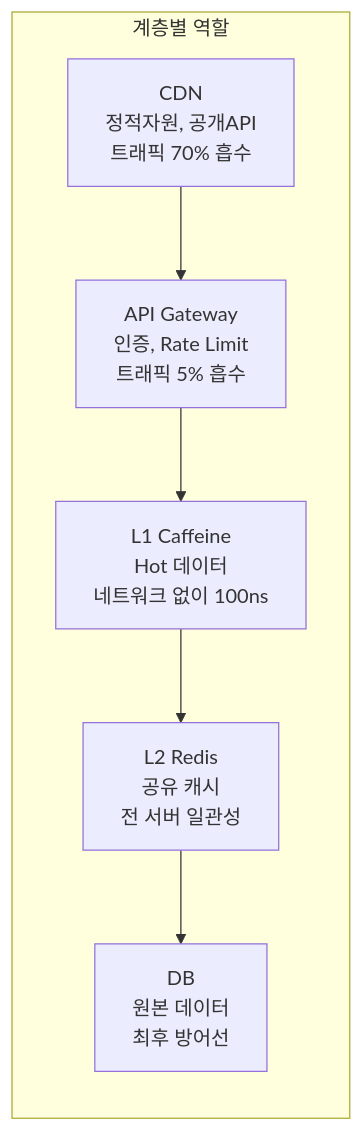
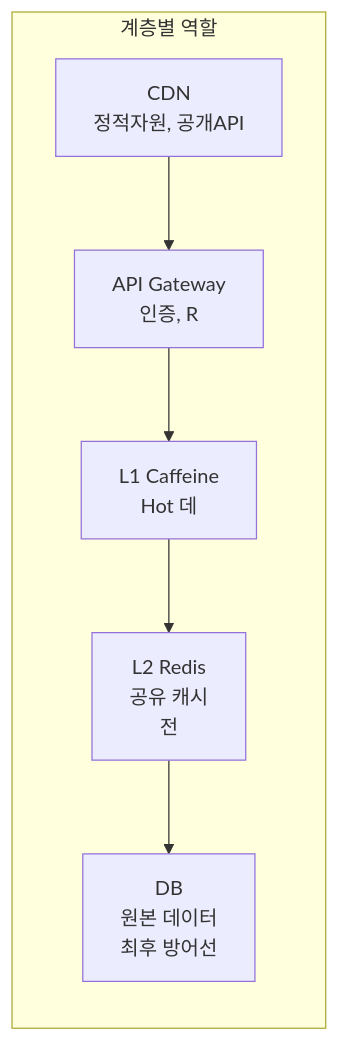
Before and after one commit to yjkim2015/yjkim2015.github.io: the eighth of 8 diagrams in _posts/caching/2026-05-03-multi-layer-caching.md, drawn with Mermaid. The commit also changed other lines of this file and 271 other files, not shown here.

First line of the commit message:
Mermaid 라벨 축소: 긴 노드 텍스트 18자 이하로 트림 + \n 제거

````diff
--- a/_posts/caching/2026-05-03-multi-layer-caching.md
+++ b/_posts/caching/2026-05-03-multi-layer-caching.md
@@ -712,11 +712,11 @@
 ```mermaid
 graph LR
     subgraph "계층별 역할"
-        CDN["CDN\n정적자원, 공개API\n트래픽 70% 흡수"]
-        GW["API Gateway\n인증, Rate Limit\n트래픽 5% 흡수"]
-        L1["L1 Caffeine\nHot 데이터\n네트워크 없이 100ns"]
-        L2["L2 Redis\n공유 캐시\n전 서버 일관성"]
+        CDN["CDN\n정적자원, 공개API\n"]
+        GW["API Gateway\n인증, R"]
+        L1["L1 Caffeine\nHot 데"]
+        L2["L2 Redis\n공유 캐시\n전"]
         DB["DB\n원본 데이터\n최후 방어선"]
     end
     CDN --> GW --> L1 --> L2 --> DB
 ```
````
